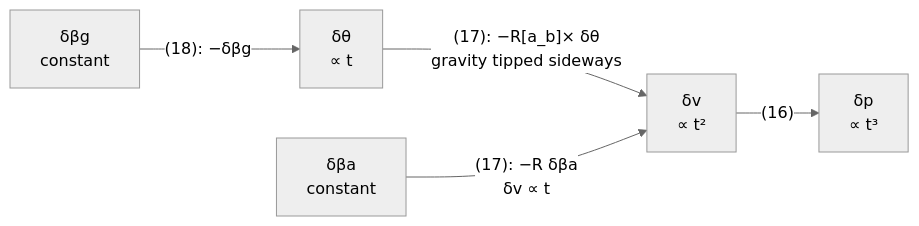
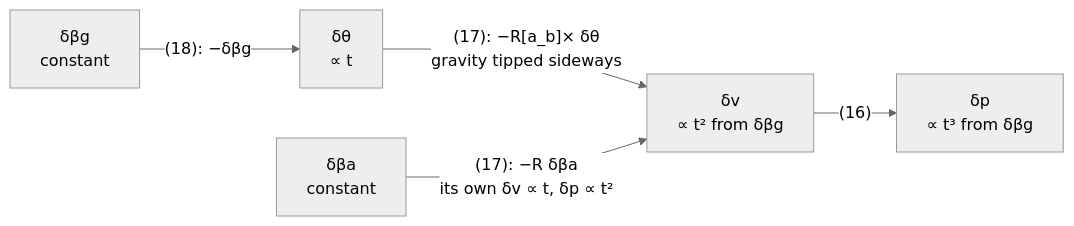
One commit to wboayue/fusion-nav changed the second of 2 diagrams in EQUATIONS.md. Above: the diagram before and after it, drawn with Mermaid (neutral theme). The commit also changed other lines of this file and 4 other files, not shown here.

````diff
--- a/EQUATIONS.md
+++ b/EQUATIONS.md
@@ -542,7 +542,7 @@
 ```mermaid
 flowchart LR
     bg["δβg<br/>constant"] -- "(18): −δβg" --> th["δθ<br/>∝ t"]
-    th -- "(17): −R[a_b]× δθ<br/>gravity tipped sideways" --> v["δv<br/>∝ t²"]
-    ba["δβa<br/>constant"] -- "(17): −R δβa<br/>δv ∝ t" --> v
-    v -- "(16)" --> p["δp<br/>∝ t³"]
+    th -- "(17): −R[a_b]× δθ<br/>gravity tipped sideways" --> v["δv<br/>∝ t² from δβg"]
+    ba["δβa<br/>constant"] -- "(17): −R δβa<br/>its own δv ∝ t, δp ∝ t²" --> v
+    v -- "(16)" --> p["δp<br/>∝ t³ from δβg"]
 ```
````
